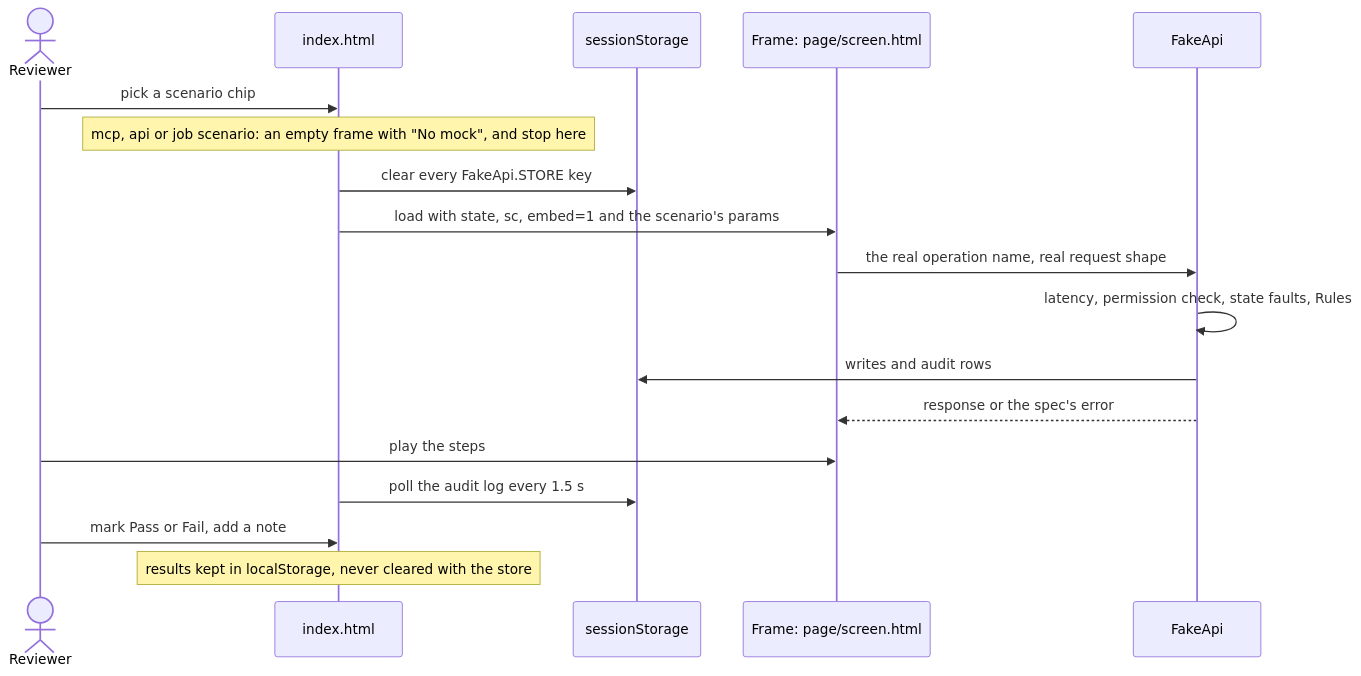
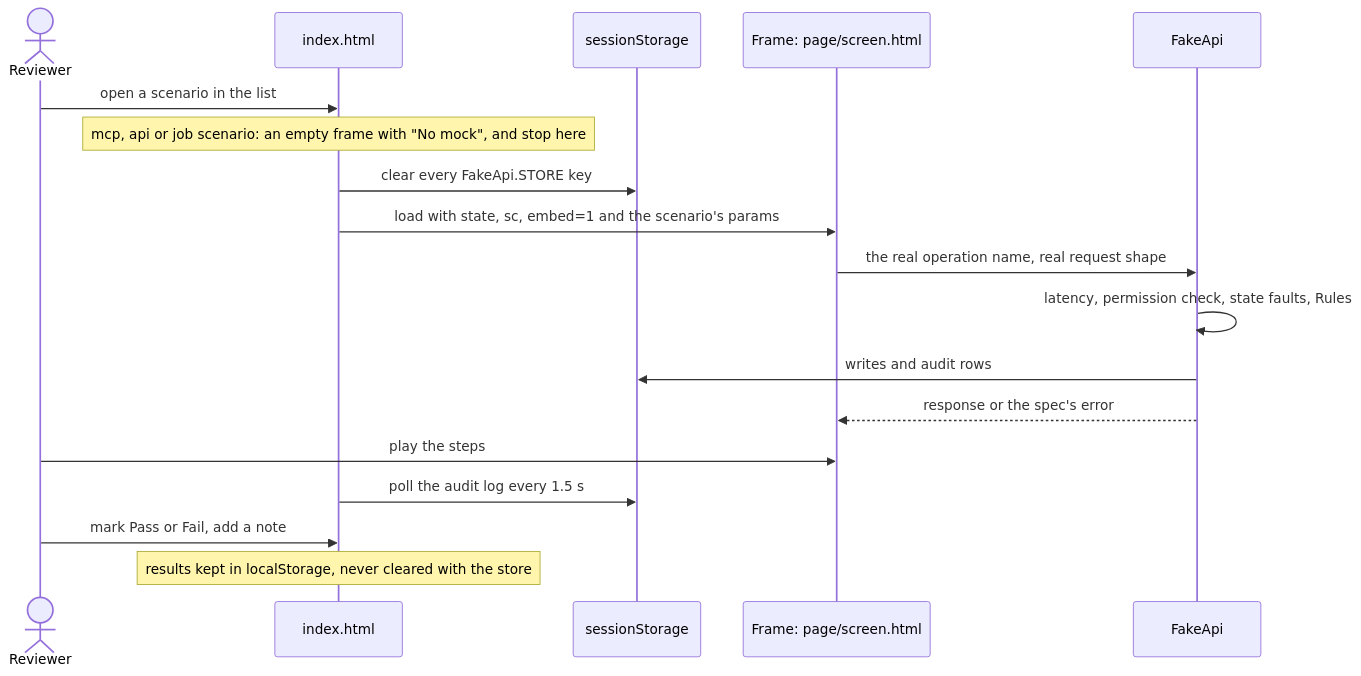
Before and after one commit to naphatwx/naphatwx-tools: the third of 4 diagrams in plugins/naphatwx-tools/skills/generate-mock-ui/README.md, drawn with Mermaid. The commit also changed other lines of this file and 23 other files, not shown here.

First line of the commit message:
feat(scenarios): scenario list as slide-open cards, frame at 80%

````diff
--- a/plugins/naphatwx-tools/skills/generate-mock-ui/README.md
+++ b/plugins/naphatwx-tools/skills/generate-mock-ui/README.md
@@ -66,20 +66,20 @@
 ```mermaid
 sequenceDiagram
     actor U as Reviewer
     participant I as index.html
     participant SS as sessionStorage
     participant F as Frame: page/screen.html
     participant A as FakeApi
-    U->>I: pick a scenario chip
+    U->>I: open a scenario in the list
     Note over I: mcp, api or job scenario: an empty frame with "No mock", and stop here
     I->>SS: clear every FakeApi.STORE key
     I->>F: load with state, sc, embed=1 and the scenario's params
     F->>A: the real operation name, real request shape
     A->>A: latency, permission check, state faults, Rules
     A->>SS: writes and audit rows
     A-->>F: response or the spec's error
     U->>F: play the steps
     I->>SS: poll the audit log every 1.5 s
     U->>I: mark Pass or Fail, add a note
     Note over I: results kept in localStorage, never cleared with the store
 ```
````
